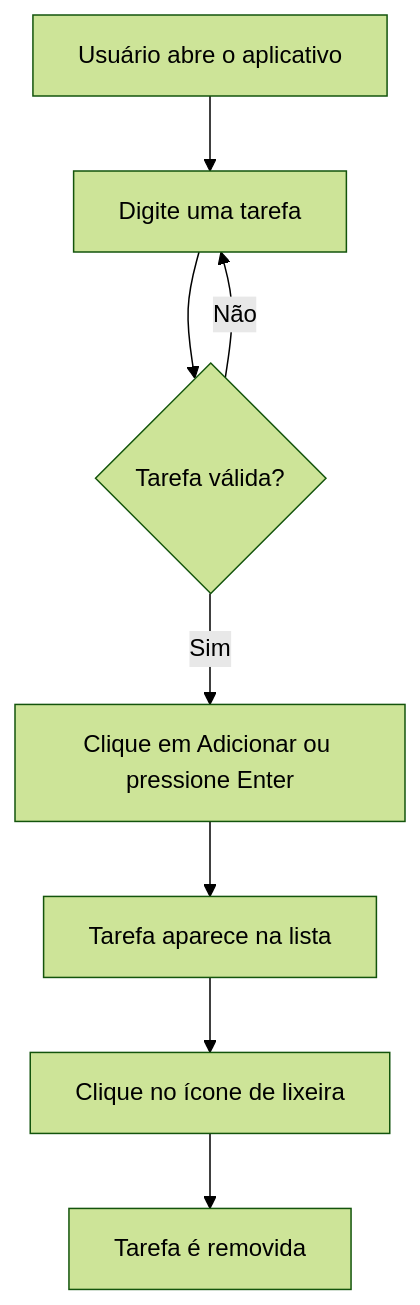
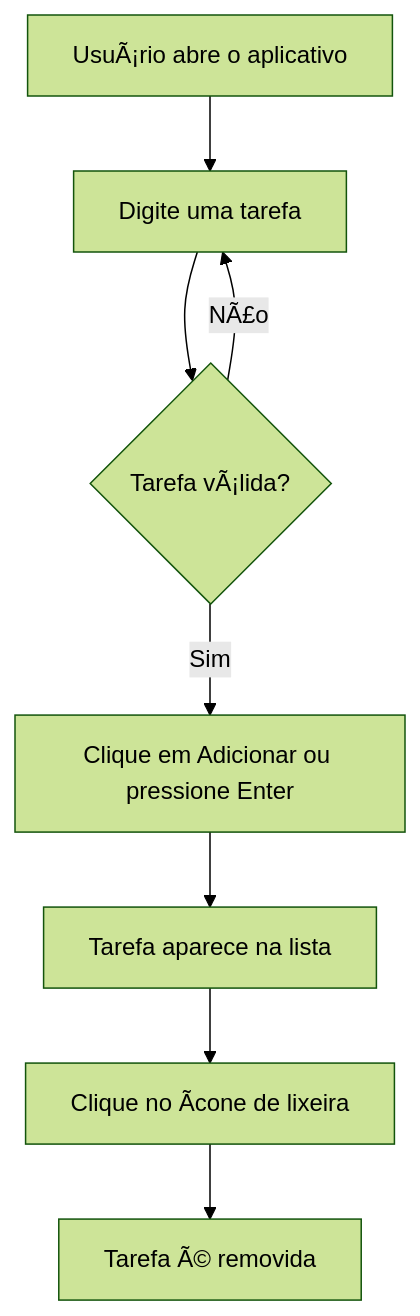
One commit to jp-devl/lista_tarefa-master changed the diagram in README.md. Above: the diagram before and after it, drawn with Mermaid (forest theme). The commit also changed other lines of this file, not shown here.

````diff
--- a/README.md
+++ b/README.md
@@ -38,10 +38,10 @@
 ```mermaid
 flowchart TD
-		A[Usuário abre o aplicativo] --> B[Digite uma tarefa]
-		B --> C{Tarefa válida?}
-		C -- Não --> B
+		A[UsuÃ¡rio abre o aplicativo] --> B[Digite uma tarefa]
+		B --> C{Tarefa vÃ¡lida?}
+		C -- NÃ£o --> B
 		C -- Sim --> D[Clique em Adicionar ou pressione Enter]
 		D --> E[Tarefa aparece na lista]
-		E --> F[Clique no ícone de lixeira]
-		F --> G[Tarefa é removida]
+		E --> F[Clique no Ã­cone de lixeira]
+		F --> G[Tarefa Ã© removida]
 ```
````
